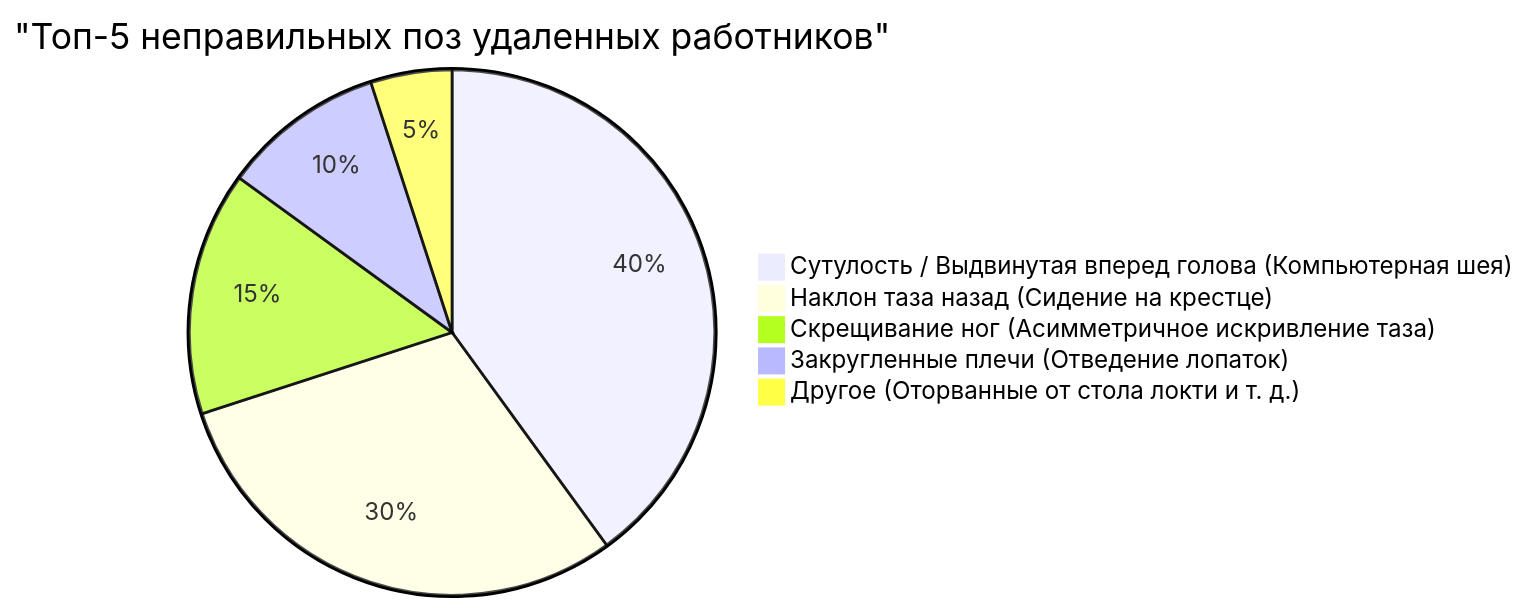
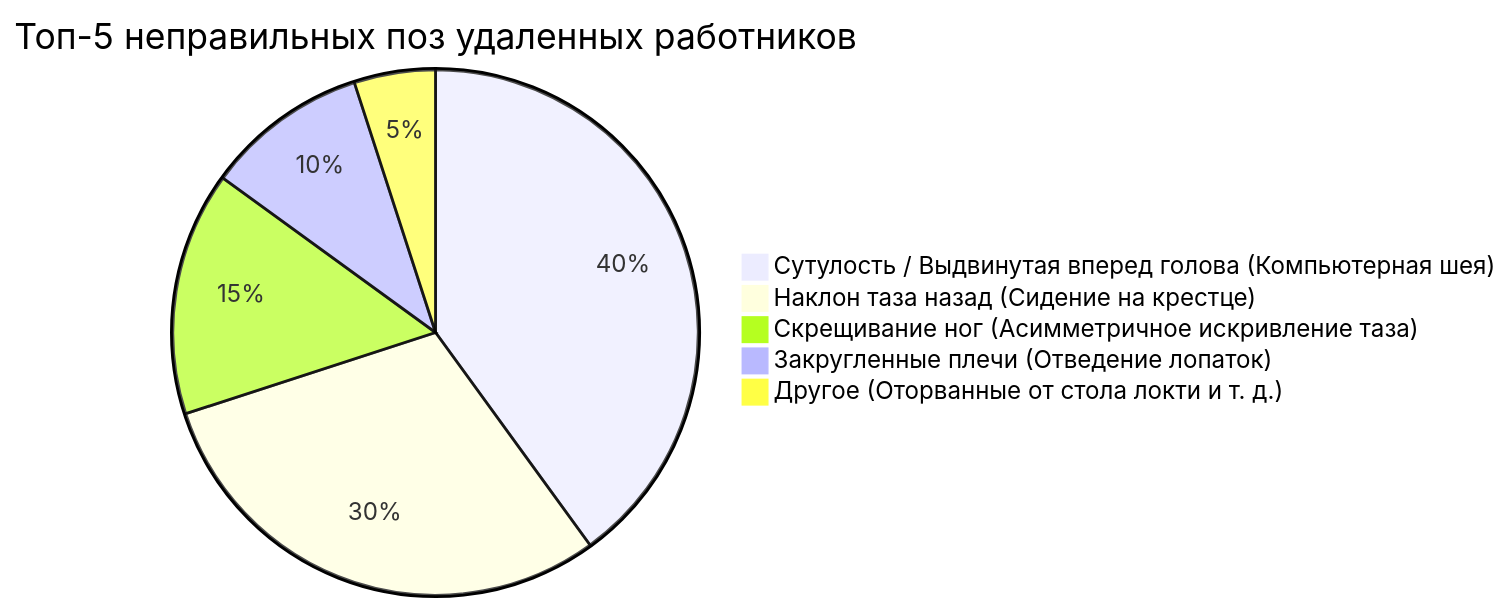
The second of 2 diagrams in content/post/ergonomic_chairs/index.ru.md (kenjinote/blog), drawn with Mermaid before and after one commit. The commit also changed other lines of this file and 703 other files, not shown here.

Commit message:
Fix: Remove quotes from Mermaid link texts and timeline definitions to support Mermaid 11.4.1

````diff
--- a/content/post/ergonomic_chairs/index.ru.md
+++ b/content/post/ergonomic_chairs/index.ru.md
@@ -135,8 +135,8 @@
 ```mermaid
-pie title "Топ-5 неправильных поз удаленных работников"
+pie title Топ-5 неправильных поз удаленных работников
     "Сутулость / Выдвинутая вперед голова (Компьютерная шея)" : 40
     "Наклон таза назад (Сидение на крестце)" : 30
     "Скрещивание ног (Асимметричное искривление таза)" : 15
     "Закругленные плечи (Отведение лопаток)" : 10
     "Другое (Оторванные от стола локти и т. д.)" : 5
 ```
````
